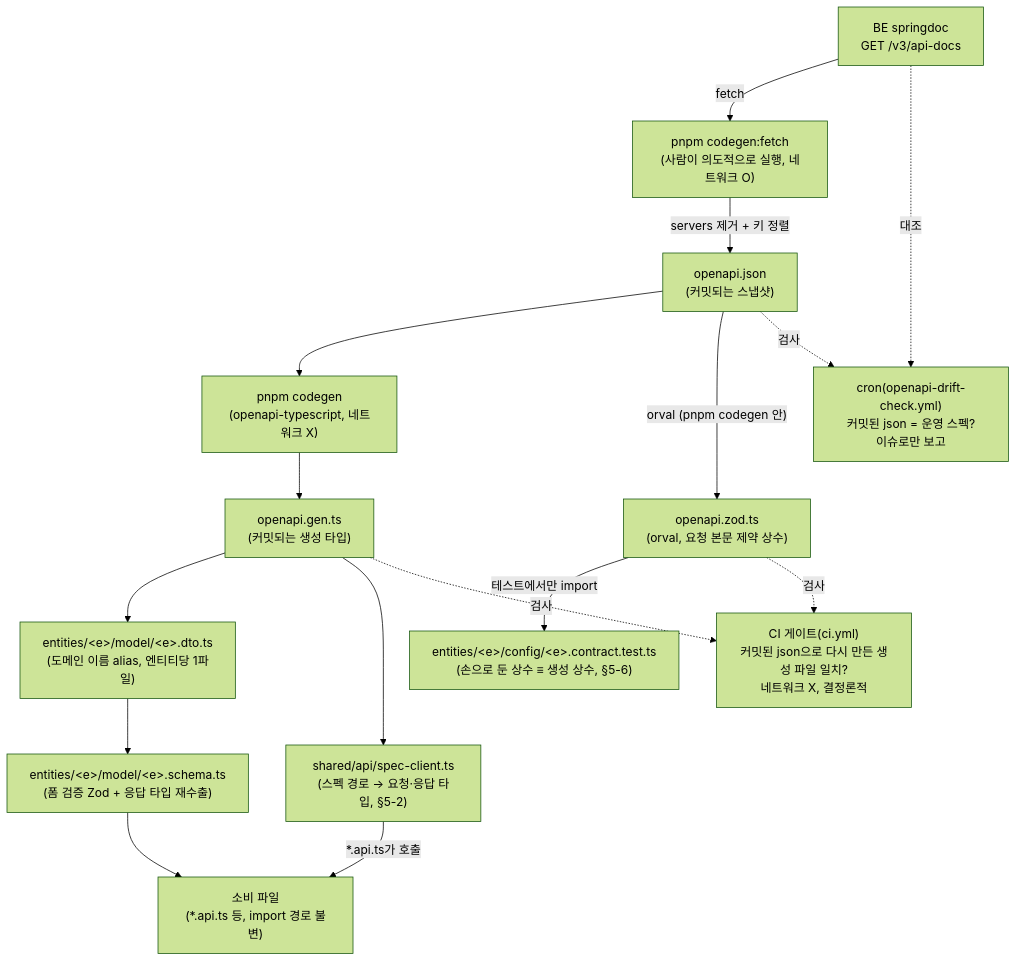
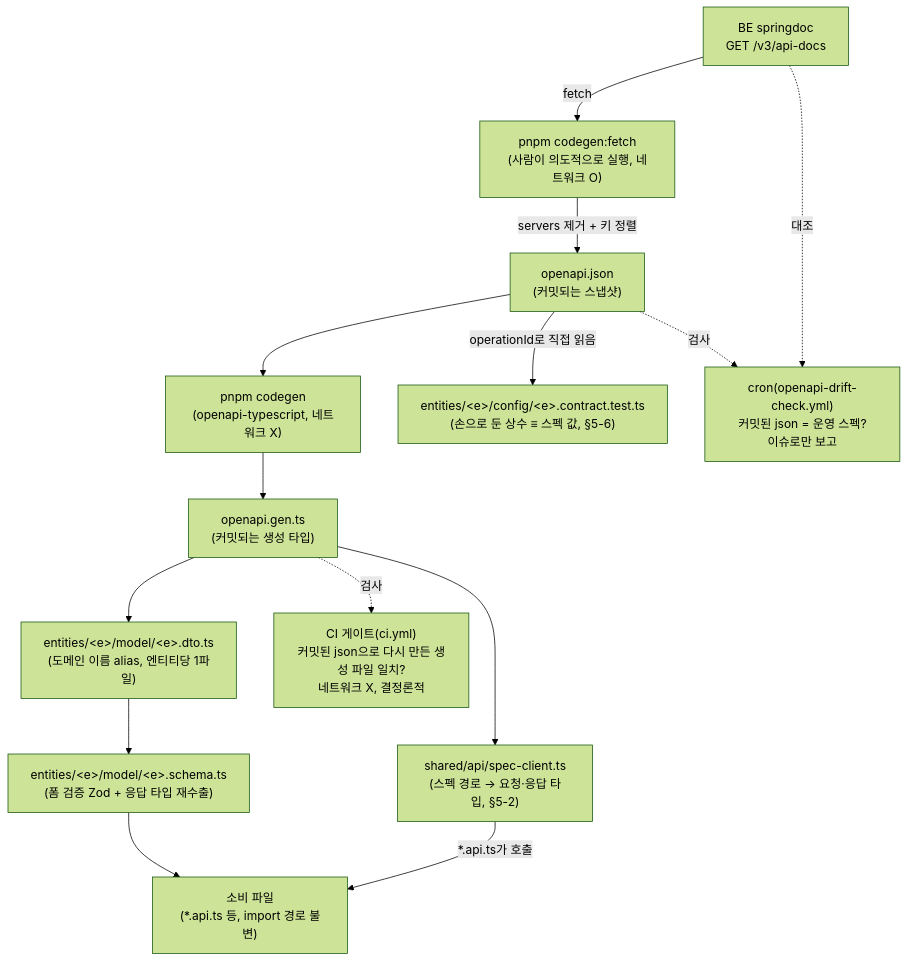
The first of 2 diagrams in docs/OPENAPI-CODEGEN.md (BAECHAN/link-sphere_FE_NEW), drawn with Mermaid (forest theme) before and after one commit. The commit also changed other lines of this file and 26 other files, not shown here.

````diff
--- a/docs/OPENAPI-CODEGEN.md
+++ b/docs/OPENAPI-CODEGEN.md
@@ -36,26 +36,24 @@
 ```mermaid
 flowchart TD
     BE["BE springdoc<br/>GET /v3/api-docs"]
     FETCH["pnpm codegen:fetch<br/>(사람이 의도적으로 실행, 네트워크 O)"]
     JSON["openapi.json<br/>(커밋되는 스냅샷)"]
     CODEGEN["pnpm codegen<br/>(openapi-typescript, 네트워크 X)"]
     GEN["openapi.gen.ts<br/>(커밋되는 생성 타입)"]
     DTO["entities/&lt;e&gt;/model/&lt;e&gt;.dto.ts<br/>(도메인 이름 alias, 엔티티당 1파일)"]
     SCHEMA["entities/&lt;e&gt;/model/&lt;e&gt;.schema.ts<br/>(폼 검증 Zod + 응답 타입 재수출)"]
     CONSUMERS["소비 파일<br/>(*.api.ts 등, import 경로 불변)"]
     SPEC["shared/api/spec-client.ts<br/>(스펙 경로 → 요청·응답 타입, §5-2)"]
-    ZOD["openapi.zod.ts<br/>(orval, 요청 본문 제약 상수)"]
-    CT["entities/&lt;e&gt;/config/&lt;e&gt;.contract.test.ts<br/>(손으로 둔 상수 ≡ 생성 상수, §5-6)"]
+    CT["entities/&lt;e&gt;/config/&lt;e&gt;.contract.test.ts<br/>(손으로 둔 상수 ≡ 스펙 값, §5-6)"]
 
     BE -->|fetch| FETCH -->|"servers 제거 + 키 정렬"| JSON
     JSON --> CODEGEN --> GEN --> DTO --> SCHEMA --> CONSUMERS
     GEN --> SPEC -->|"*.api.ts가 호출"| CONSUMERS
-    JSON -->|"orval (pnpm codegen 안)"| ZOD -->|"테스트에서만 import"| CT
+    JSON -->|"operationId로 직접 읽음"| CT
 
     L1["CI 게이트(ci.yml)<br/>커밋된 json으로 다시 만든 생성 파일 일치?<br/>네트워크 X, 결정론적"]
     L2["cron(openapi-drift-check.yml)<br/>커밋된 json = 운영 스펙?<br/>이슈로만 보고"]
     GEN -.검사.-> L1
-    ZOD -.검사.-> L1
     JSON -.검사.-> L2
     BE -.대조.-> L2
 ```
````
